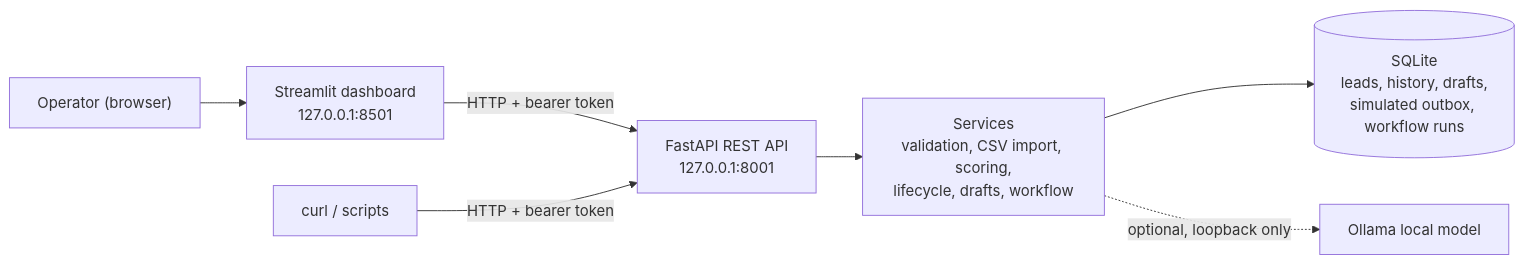
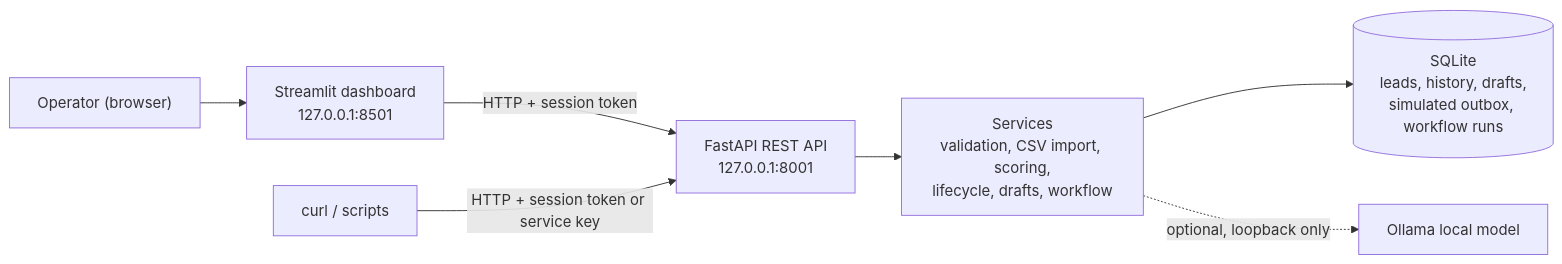
Before and after one commit to hamazmubashar/leadflow-ai: the diagram in README.md, drawn with Mermaid. The commit also changed other lines of this file and 3 other files, not shown here.

````diff
--- a/README.md
+++ b/README.md
@@ -36,9 +39,9 @@
 ```mermaid
 flowchart LR
     operator["Operator (browser)"] --> ui["Streamlit dashboard<br/>127.0.0.1:8501"]
-    ui -- "HTTP + bearer token" --> api["FastAPI REST API<br/>127.0.0.1:8001"]
-    scripts["curl / scripts"] -- "HTTP + bearer token" --> api
+    ui -- "HTTP + session token" --> api["FastAPI REST API<br/>127.0.0.1:8001"]
+    scripts["curl / scripts"] -- "HTTP + session token or service key" --> api
     api --> services["Services<br/>validation, CSV import, scoring,<br/>lifecycle, drafts, workflow"]
     services --> db[("SQLite<br/>leads, history, drafts,<br/>simulated outbox, workflow runs")]
     services -. "optional, loopback only" .-> llm["Ollama local model"]
 ```
````
